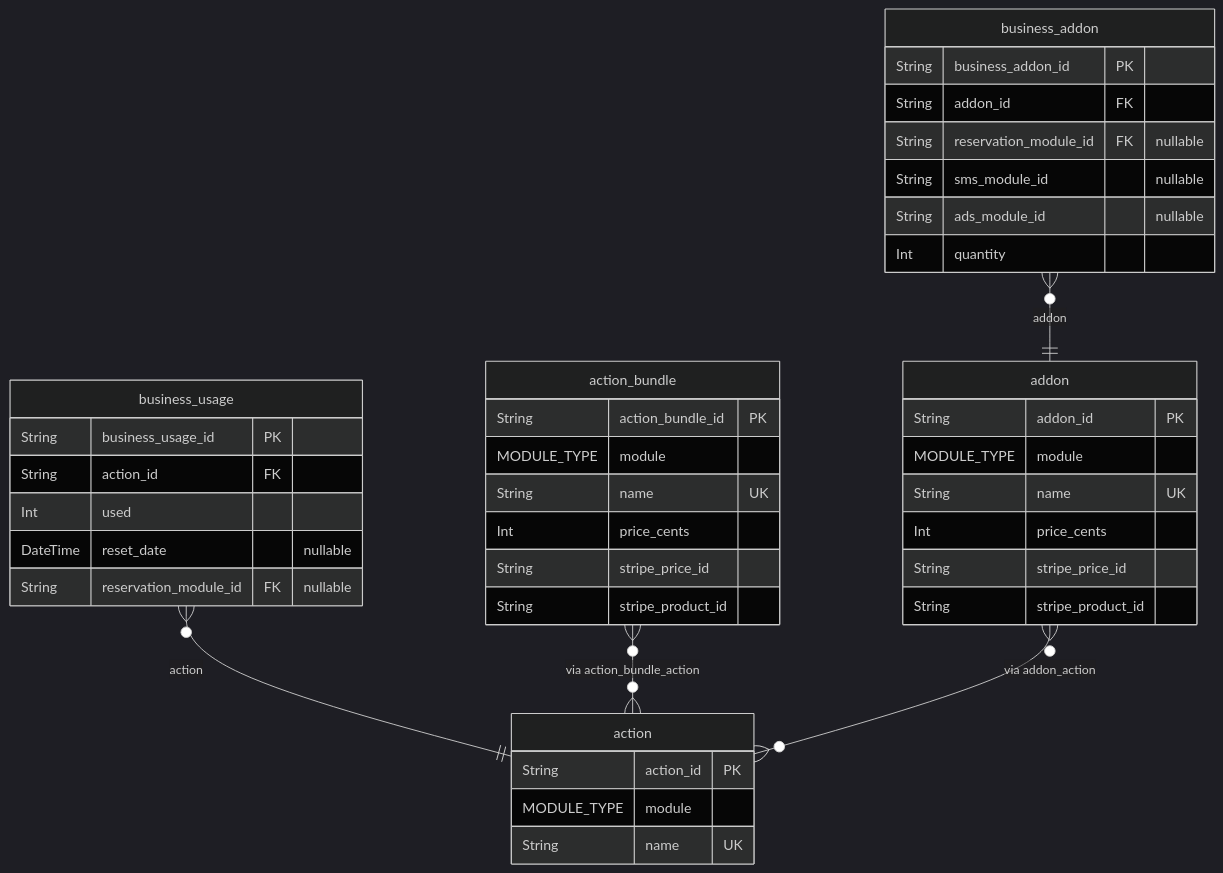
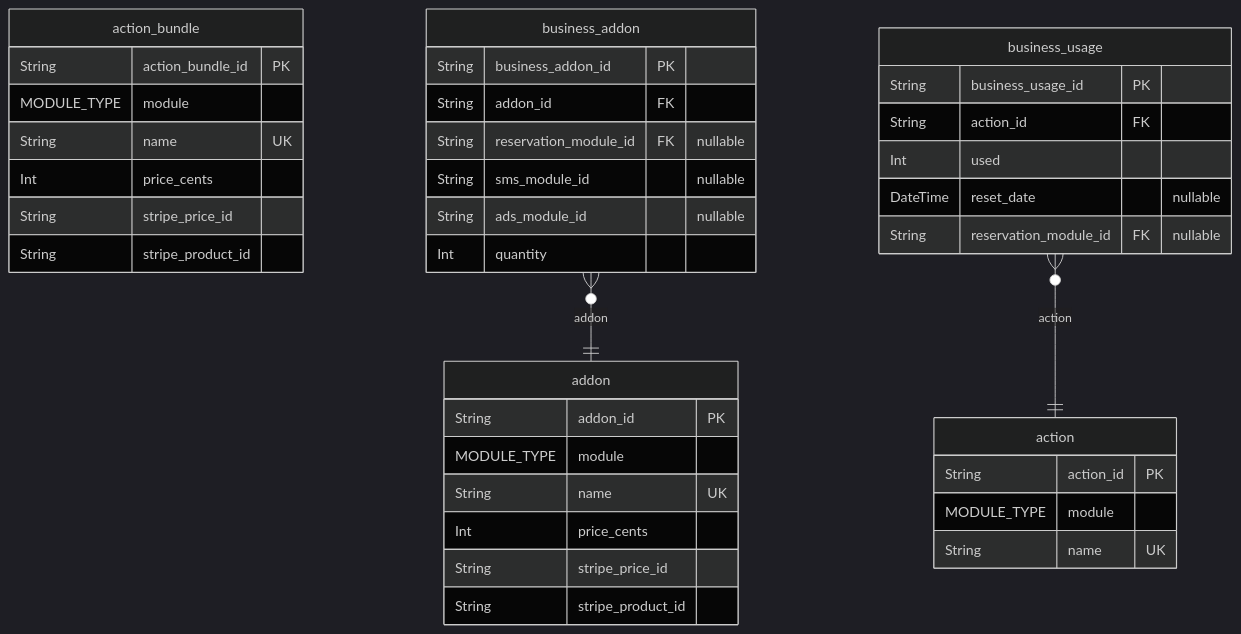
One commit to pbozic/be-analyisis changed diagram 31 of 40 in prisma/schemas/ERD.md. Above: the diagram before and after it, drawn with Mermaid (dark theme). The commit also changed other lines of this file and 18 other files, not shown here.

````diff
--- a/prisma/schemas/ERD.md
+++ b/prisma/schemas/ERD.md
@@ -6086,43 +6060,41 @@
 ```mermaid
 erDiagram
 "action_bundle" {
   String action_bundle_id PK
   MODULE_TYPE module
   String name UK
   Int price_cents
   String stripe_price_id
   String stripe_product_id
 }
 "addon" {
   String addon_id PK
   MODULE_TYPE module
   String name UK
   Int price_cents
   String stripe_price_id
   String stripe_product_id
 }
 "action" {
   String action_id PK
   MODULE_TYPE module
   String name UK
 }
 "business_addon" {
   String business_addon_id PK
   String addon_id FK
   String reservation_module_id FK "nullable"
   String sms_module_id "nullable"
   String ads_module_id "nullable"
   Int quantity
 }
 "business_usage" {
   String business_usage_id PK
   String action_id FK
   Int used
   DateTime reset_date "nullable"
   String reservation_module_id FK "nullable"
 }
 "business_addon" }o--|| "addon" : addon
 "business_usage" }o--|| "action" : action
-"action_bundle" }o--o{ "action" : "via action_bundle_action"
-"addon" }o--o{ "action" : "via addon_action"
 ```
````
